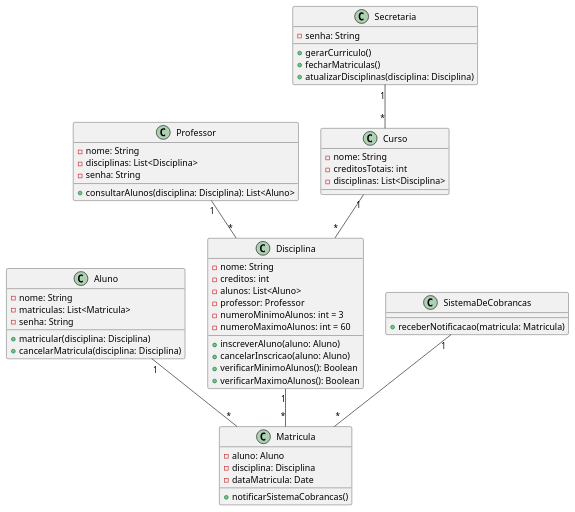
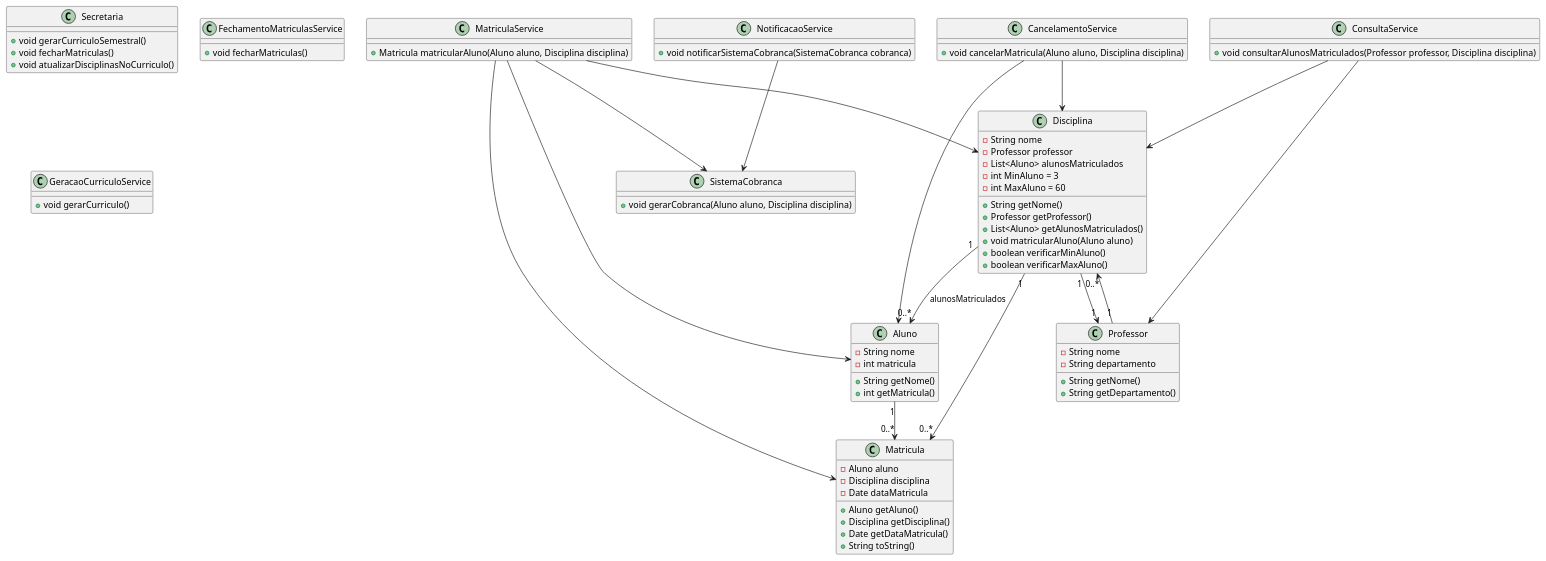
Before and after one commit to diascw/sistema-de-matricula: the diagram in project/diagramas/diagrama-de-classe.puml, drawn with PlantUML.

Commit message:
correção do diagrama de classes

```diff
--- a/project/diagramas/diagrama-de-classe.puml
+++ b/project/diagramas/diagrama-de-classe.puml
@@ -1,60 +1,90 @@
 @startuml
+
 class Aluno {
-  +matricular(disciplina: Disciplina)
-  +cancelarMatricula(disciplina: Disciplina)
-  -nome: String
-  -matriculas: List<Matricula>
-  -senha: String
+    - String nome
+    - int matricula
+    + String getNome()
+    + int getMatricula()
+}
+
+class Disciplina {
+    - String nome
+    - Professor professor
+    - List<Aluno> alunosMatriculados
+    - int MinAluno = 3
+    - int MaxAluno = 60
+    + String getNome()
+    + Professor getProfessor()
+    + List<Aluno> getAlunosMatriculados()
+    + void matricularAluno(Aluno aluno)
+    + boolean verificarMinAluno()
+    + boolean verificarMaxAluno()
 }
 
 class Professor {
-  +consultarAlunos(disciplina: Disciplina): List<Aluno>
-  -nome: String
-  -disciplinas: List<Disciplina>
-  -senha: String
+    - String nome
+    - String departamento
+    + String getNome()
+    + String getDepartamento()
+}
+
+class Matricula {
+    - Aluno aluno
+    - Disciplina disciplina
+    - Date dataMatricula
+    + Aluno getAluno()
+    + Disciplina getDisciplina()
+    + Date getDataMatricula()
+    + String toString()
+}
+
+class SistemaCobranca {
+    + void gerarCobranca(Aluno aluno, Disciplina disciplina)
 }
 
 class Secretaria {
-  +gerarCurriculo()
-  +fecharMatriculas()
-  +atualizarDisciplinas(disciplina: Disciplina)
-  -senha: String
+    + void gerarCurriculoSemestral()
+    + void fecharMatriculas()
+    + void atualizarDisciplinasNoCurriculo()
 }
 
-class Disciplina {
-  +inscreverAluno(aluno: Aluno)
-  +cancelarInscricao(aluno: Aluno)
-  +verificarMinimoAlunos(): Boolean
-  +verificarMaximoAlunos(): Boolean
-  -nome: String
-  -creditos: int
-  -alunos: List<Aluno>
-  -professor: Professor
-  -numeroMinimoAlunos: int = 3
-  -numeroMaximoAlunos: int = 60
+class MatriculaService {
+    + Matricula matricularAluno(Aluno aluno, Disciplina disciplina)
 }
 
-class Curso {
-  -nome: String
-  -creditosTotais: int
-  -disciplinas: List<Disciplina>
+class CancelamentoService {
+    + void cancelarMatricula(Aluno aluno, Disciplina disciplina)
 }
 
-class Matricula {
-  +notificarSistemaCobrancas()
-  -aluno: Aluno
-  -disciplina: Disciplina
-  -dataMatricula: Date
+class ConsultaService {
+    + void consultarAlunosMatriculados(Professor professor, Disciplina disciplina)
 }
 
-class SistemaDeCobrancas {
-  +receberNotificacao(matricula: Matricula)
+class FechamentoMatriculasService {
+    + void fecharMatriculas()
 }
 
-Aluno "1" -- "*" Matricula
-Professor "1" -- "*" Disciplina
-Secretaria "1" -- "*" Curso
-Curso "1" -- "*" Disciplina
-Disciplina "1" -- "*" Matricula
-SistemaDeCobrancas "1" -- "*" Matricula
+class GeracaoCurriculoService {
+    + void gerarCurriculo()
+}
+
+class NotificacaoService {
+    + void notificarSistemaCobranca(SistemaCobranca cobranca)
+}
+
+Aluno "1" --> "0..*" Matricula
+Disciplina "1" --> "0..*" Matricula
+Professor "1" --> "0..*" Disciplina
+Disciplina "1" --> "0..*" Aluno : "alunosMatriculados"
+Disciplina "1" --> "1" Professor
+MatriculaService --> Matricula
+MatriculaService --> SistemaCobranca
+MatriculaService --> Aluno
+MatriculaService --> Disciplina
+CancelamentoService --> Aluno
+CancelamentoService --> Disciplina
+ConsultaService --> Professor
+ConsultaService --> Disciplina
+NotificacaoService --> SistemaCobranca
+
 @enduml
```
